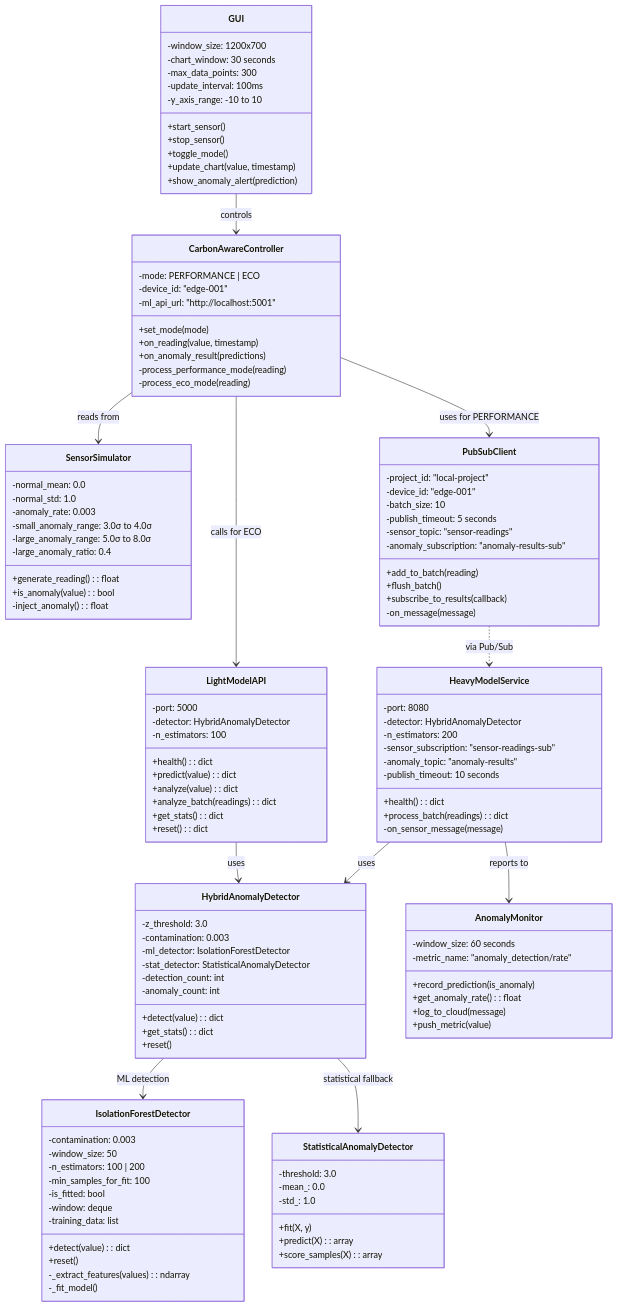
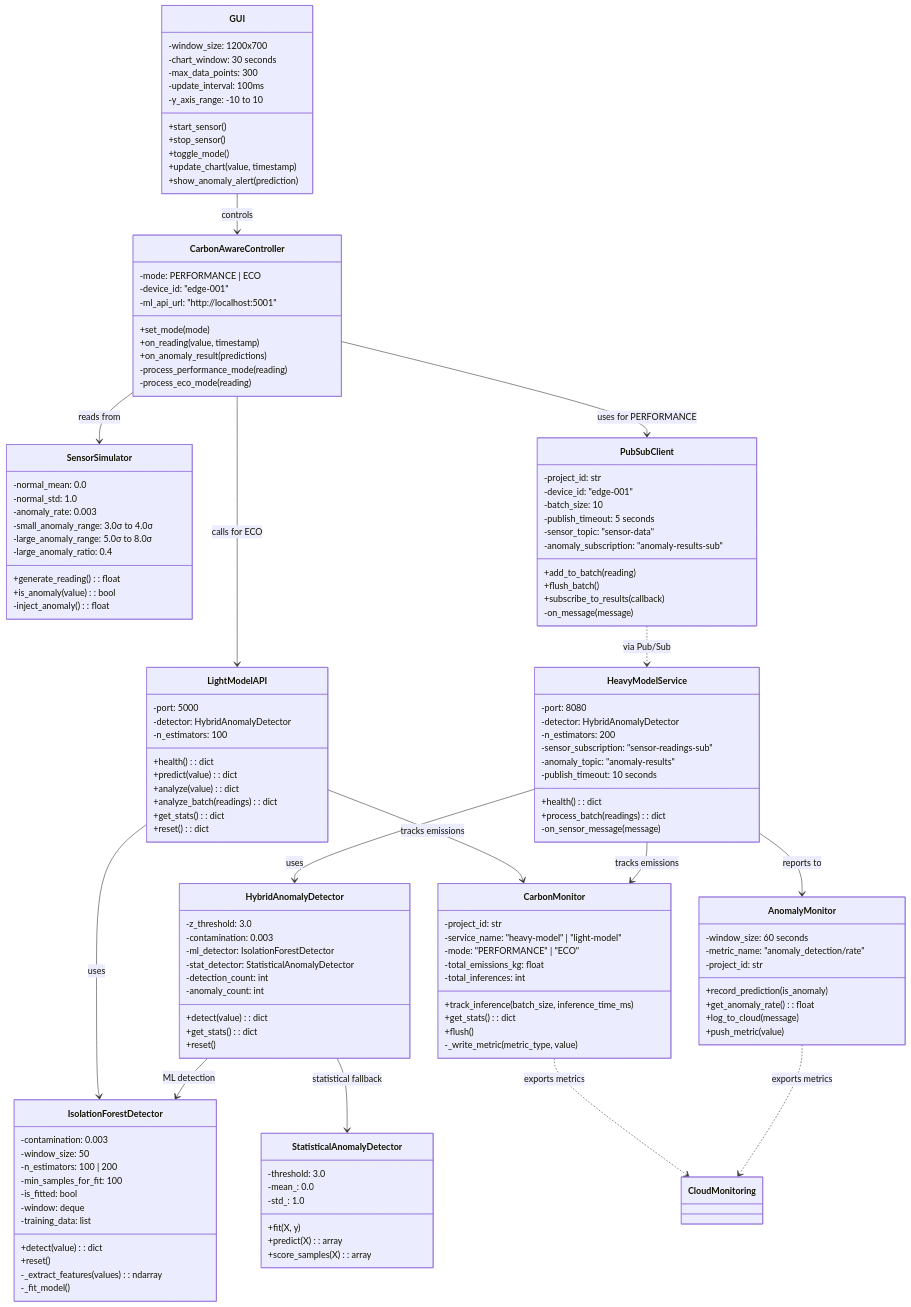
One commit to Taki224/AI-Architecture-and-Cloud-Computing-Final-Project changed the first of 3 diagrams in plans/class.md. Above: the diagram before and after it, drawn with Mermaid. The commit also changed other lines of this file and 4 other files, not shown here.

First line of the commit message:
Enhance documentation and architecture for Carbon-Aware IoT Anomaly Detection System

````diff
--- a/plans/class.md
+++ b/plans/class.md
@@ -41,11 +41,11 @@
     }
 
     class PubSubClient {
-        -project_id: "local-project"
+        -project_id: str
         -device_id: "edge-001"
         -batch_size: 10
         -publish_timeout: 5 seconds
-        -sensor_topic: "sensor-readings"
+        -sensor_topic: "sensor-data"
         -anomaly_subscription: "anomaly-results-sub"
         +add_to_batch(reading)
         +flush_batch()
@@ -115,10 +115,23 @@
     class AnomalyMonitor {
         -window_size: 60 seconds
         -metric_name: "anomaly_detection/rate"
+        -project_id: str
         +record_prediction(is_anomaly)
         +get_anomaly_rate(): float
         +log_to_cloud(message)
         +push_metric(value)
+    }
+
+    class CarbonMonitor {
+        -project_id: str
+        -service_name: "heavy-model" | "light-model"
+        -mode: "PERFORMANCE" | "ECO"
+        -total_emissions_kg: float
+        -total_inferences: int
+        +track_inference(batch_size, inference_time_ms)
+        +get_stats(): dict
+        +flush()
+        -_write_metric(metric_type, value)
     }
 
     %% Relationships
@@ -127,12 +140,16 @@
     CarbonAwareController --> PubSubClient : uses for PERFORMANCE
     CarbonAwareController --> LightModelAPI : calls for ECO
     
-    LightModelAPI --> HybridAnomalyDetector : uses
+    LightModelAPI --> IsolationForestDetector : uses
+    LightModelAPI --> CarbonMonitor : tracks emissions
     HeavyModelService --> HybridAnomalyDetector : uses
+    HeavyModelService --> CarbonMonitor : tracks emissions
     
     HybridAnomalyDetector --> IsolationForestDetector : ML detection
     HybridAnomalyDetector --> StatisticalAnomalyDetector : statistical fallback
     
     HeavyModelService --> AnomalyMonitor : reports to
+    CarbonMonitor ..> CloudMonitoring : exports metrics
+    AnomalyMonitor ..> CloudMonitoring : exports metrics
     PubSubClient ..> HeavyModelService : via Pub/Sub
 ```
````
